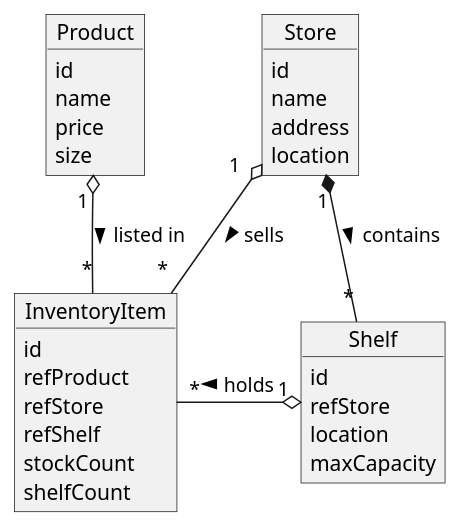
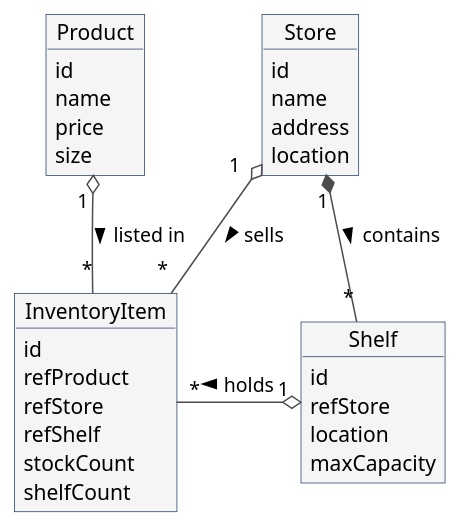
Before and after one commit to FIWARE/tutorials.Entity-Relationships: the diagram in diagrams/entities.puml, drawn with PlantUML. The commit also changed 1 other file, not shown here.

Commit message:
Updating Entity Diagrams

```diff
--- a/diagrams/entities.puml
+++ b/diagrams/entities.puml
@@ -1,38 +1,45 @@
 @startuml
+
+skinparam object {
+  BackgroundColor #f5f5f5
+  ArrowColor #4c4c4c
+  BorderColor #233c68
+}
+
 object Product
 
 Product : id 
 Product : name 
 Product : price 
 Product : size 
 
 
 object InventoryItem
 
 InventoryItem : id 
 InventoryItem : refProduct 
 InventoryItem : refStore 
 InventoryItem : refShelf 
 InventoryItem : stockCount 
 InventoryItem : shelfCount 
 
 
 object Store
 
 Store : id 
 Store : name 
 Store : address 
 Store : location
 
 object Shelf
 
 Shelf : id 
 Shelf : refStore 
 Shelf : location 
 Shelf : maxCapacity
 
 Product "1 " o-- " *" InventoryItem  : listed in >
 Store " 1  " o-- " *  " InventoryItem :  sells >
 Store "1" *-- "*" Shelf : contains >
 InventoryItem "*" -o " 1" Shelf : < holds
 @enduml
```
